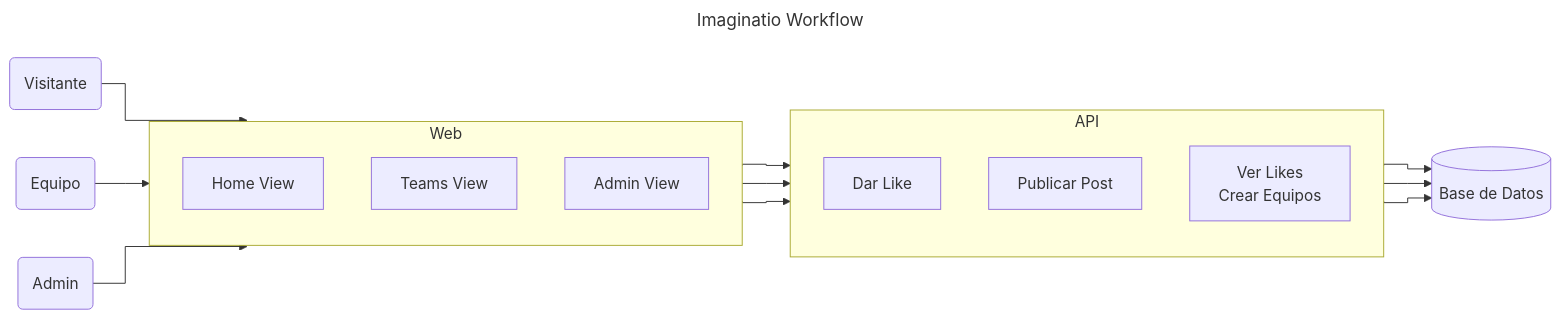
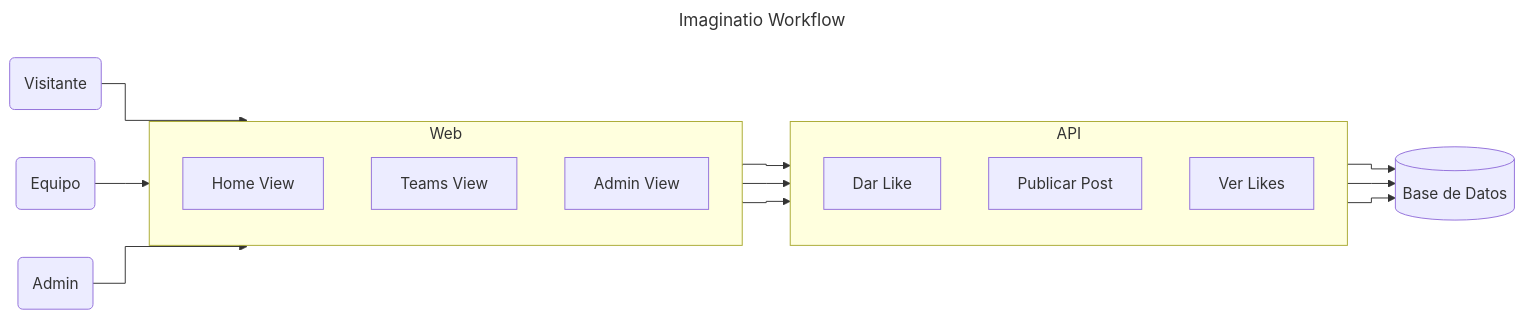
The first of 4 diagrams in docs/REQUISITOS.md (ZergioPC/UMNG_Imaginatio), drawn with Mermaid before and after one commit. The commit also changed 10 other files, not shown here.

Commit message:
FEATURE. Setup del backend con FastApi y diagramas sobre la arquitectura backend

````diff
--- a/docs/REQUISITOS.md
+++ b/docs/REQUISITOS.md
@@ -7,33 +7,32 @@
 ```mermaid
 ---
 title: Imaginatio Workflow
 config:
   flowchart:
     curve: stepBefore
 ---
 flowchart LR
     Y(Visitante) --> A
     Z(Equipo) --> B
     X(Admin) --> C
     subgraph Web
         direction TB
         A[Home View]
         B[Teams View]
         C[Admin View]
     end
     subgraph API
         direction TB
         D[Dar Like]
         E[Publicar Post]
-        F["Ver Likes
-            Crear Equipos"]
+        F["Ver Likes"]
     end
     B-->E
     A-->D
     C-->F
     W@{ shape: cyl, label: "Base de Datos" }
     D-->W
     E-->W
     F-->W
     
 ```
````
